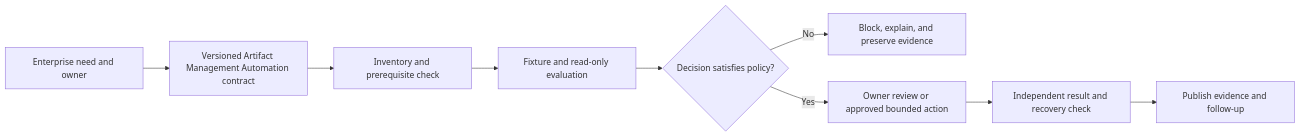
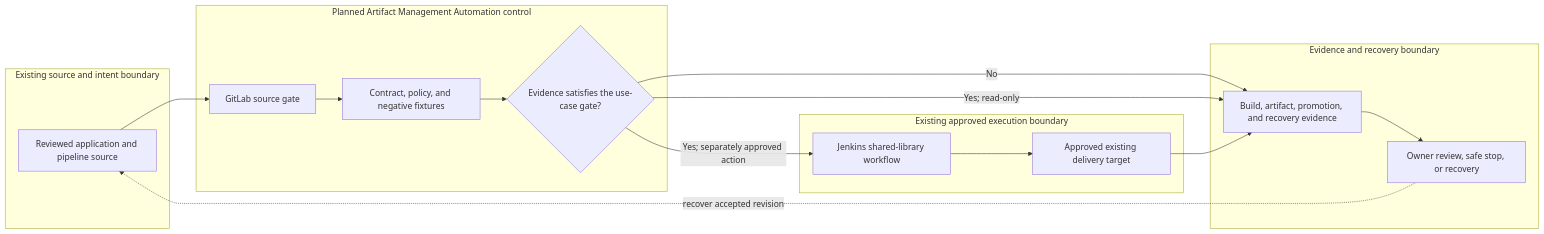
One commit to MIDHTECH/enterprise-architecture-docs changed the diagram in docs/use-cases/devsecops/UC-CICD-005-artifact-management-automation.md. Above: the diagram before and after it, drawn with Mermaid. The commit also changed other lines of this file and 227 other files, not shown here.

Commit message:
Deepen architecture for all use case designs

````diff
--- a/docs/use-cases/devsecops/UC-CICD-005-artifact-management-automation.md
+++ b/docs/use-cases/devsecops/UC-CICD-005-artifact-management-automation.md
@@ -136,11 +129,25 @@
 ```mermaid
 flowchart LR
-    Need["Enterprise need and owner"] --> Contract["Versioned Artifact Management Automation contract"]
-    Contract --> Preflight["Inventory and prerequisite check"]
-    Preflight --> Evaluate["Fixture and read-only evaluation"]
-    Evaluate --> Decision{"Decision satisfies policy?"}
-    Decision -->|No| Stop["Block, explain, and preserve evidence"]
-    Decision -->|Yes| Review["Owner review or approved bounded action"]
-    Review --> Verify["Independent result and recovery check"]
-    Verify --> Publish["Publish evidence and follow-up"]
+    subgraph Source["Existing source and intent boundary"]
+        A["Reviewed application and pipeline source"]
+    end
+    subgraph Planned["Planned Artifact Management Automation control"]
+        B["GitLab source gate"]
+        C["Contract, policy, and negative fixtures"]
+        D{"Evidence satisfies the use-case gate?"}
+    end
+    subgraph Runtime["Existing approved execution boundary"]
+        E["Jenkins shared-library workflow"]
+        F["Approved existing delivery target"]
+    end
+    subgraph Assurance["Evidence and recovery boundary"]
+        G["Build, artifact, promotion, and recovery evidence"]
+        H["Owner review, safe stop, or recovery"]
+    end
+
+    A --> B --> C --> D
+    D -->|No| G --> H
+    D -->|Yes; read-only| G
+    D -->|Yes; separately approved action| E --> F --> G
+    H -. recover accepted revision .-> A
 ```
````
